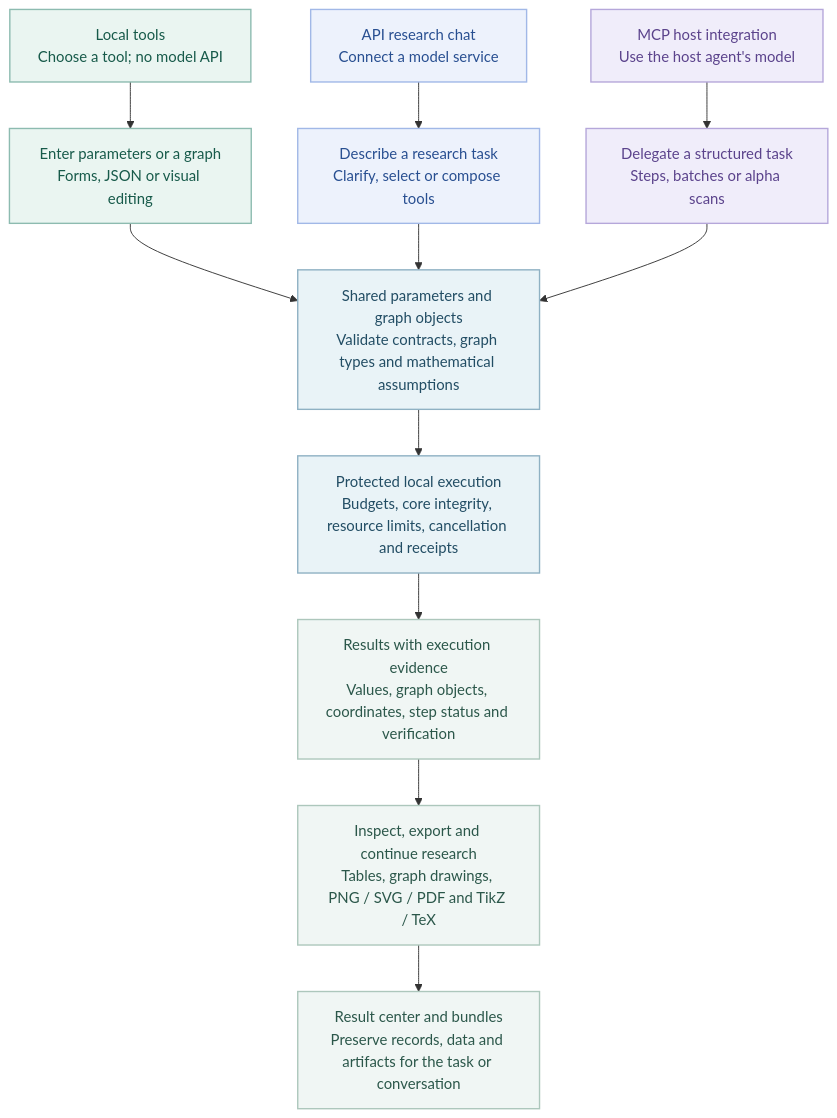
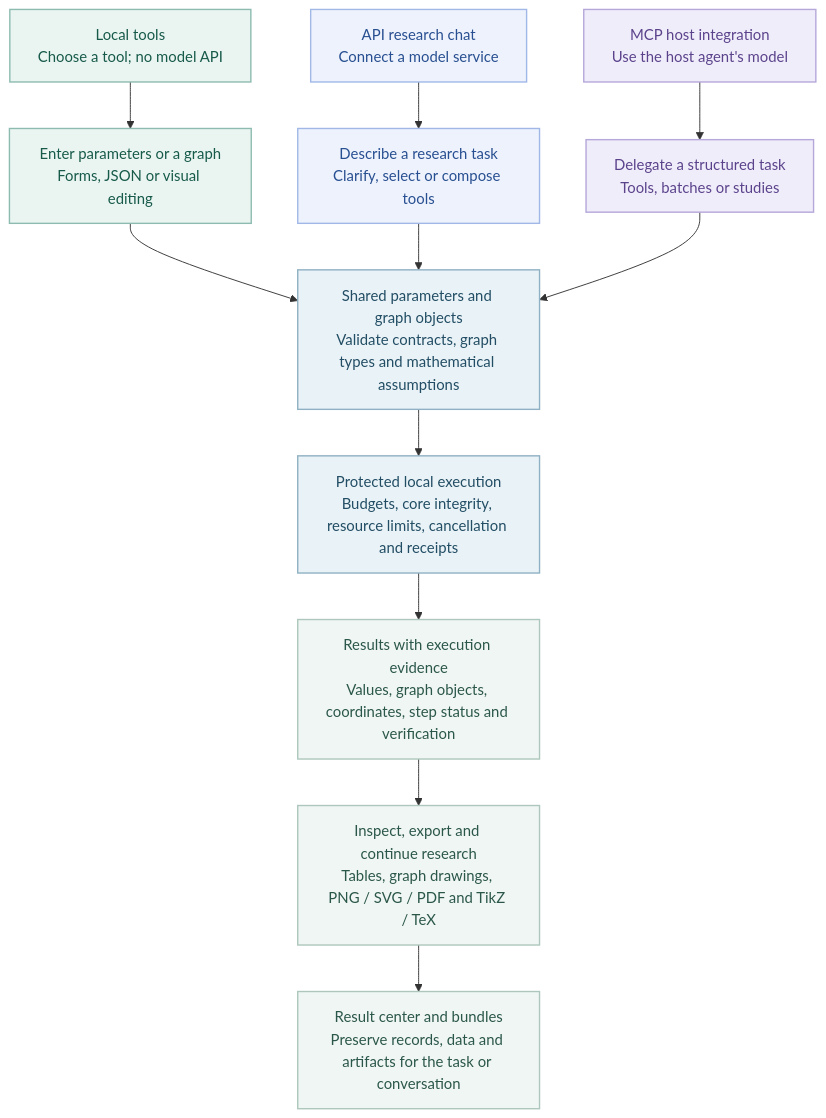
The fifth of 5 diagrams in docs/diagrams/MERMAID.md (735336168liuxiaoqi-hub/algebraic-graph-theory-research-assistant), drawn with Mermaid before and after one commit. The commit also changed other lines of this file and 139 other files, not shown here.

````diff
--- a/docs/diagrams/MERMAID.md
+++ b/docs/diagrams/MERMAID.md
@@ -173,32 +173,32 @@
 ```mermaid
 flowchart TB
     offline["Local tools<br/>Choose a tool; no model API"]:::manual
     api["API research chat<br/>Connect a model service"]:::model
     mcp["MCP host integration<br/>Use the host agent's model"]:::host
     form["Enter parameters or a graph<br/>Forms, JSON or visual editing"]:::manual
     plan["Describe a research task<br/>Clarify, select or compose tools"]:::model
-    delegate["Delegate a structured task<br/>Steps, batches or alpha scans"]:::host
+    delegate["Delegate a structured task<br/>Tools, batches or studies"]:::host
     validate["Shared parameters and graph objects<br/>Validate contracts, graph types and mathematical assumptions"]:::guard
     execute["Protected local execution<br/>Budgets, core integrity, resource limits, cancellation and receipts"]:::guard
     evidence["Results with execution evidence<br/>Values, graph objects, coordinates, step status and verification"]:::data
     present["Inspect, export and continue research<br/>Tables, graph drawings, PNG / SVG / PDF and TikZ / TeX"]:::data
     bundle["Result center and bundles<br/>Preserve records, data and artifacts for the task or conversation"]:::data
     offline --> form
     api --> plan
     mcp --> delegate
     form --> validate
     plan --> validate
     delegate --> validate
     validate --> execute
     execute --> evidence
     evidence --> present
     present --> bundle
     classDef process fill:#f5f7fa,stroke:#c6d1da,color:#233845,stroke-width:1.5px
     classDef manual fill:#eaf5f1,stroke:#8dbbb0,color:#175a4a,stroke-width:1.5px
     classDef model fill:#edf2fc,stroke:#a1b8e7,color:#284f91,stroke-width:1.5px
     classDef host fill:#f0edfa,stroke:#b5a7da,color:#5b438c,stroke-width:1.5px
     classDef guard fill:#e9f3f7,stroke:#8fb1c3,color:#224d64,stroke-width:1.5px
     classDef data fill:#f0f6f4,stroke:#adc7bc,color:#2b574a,stroke-width:1.5px
     classDef warning fill:#fcf4e7,stroke:#d7b985,color:#805b26,stroke-width:1.5px
     classDef decision fill:#ffffff,stroke:#9fadb9,color:#344c5c,stroke-width:1.5px
 ```
````
